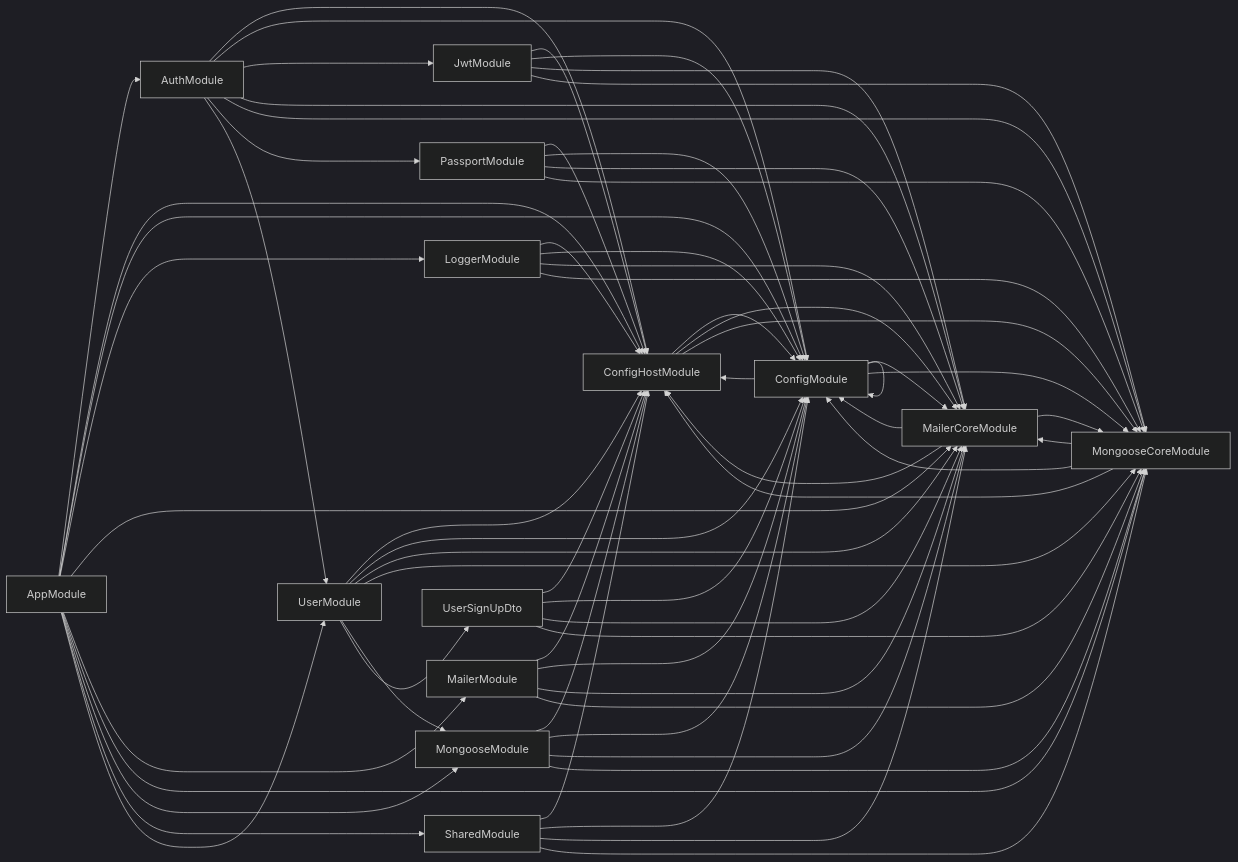
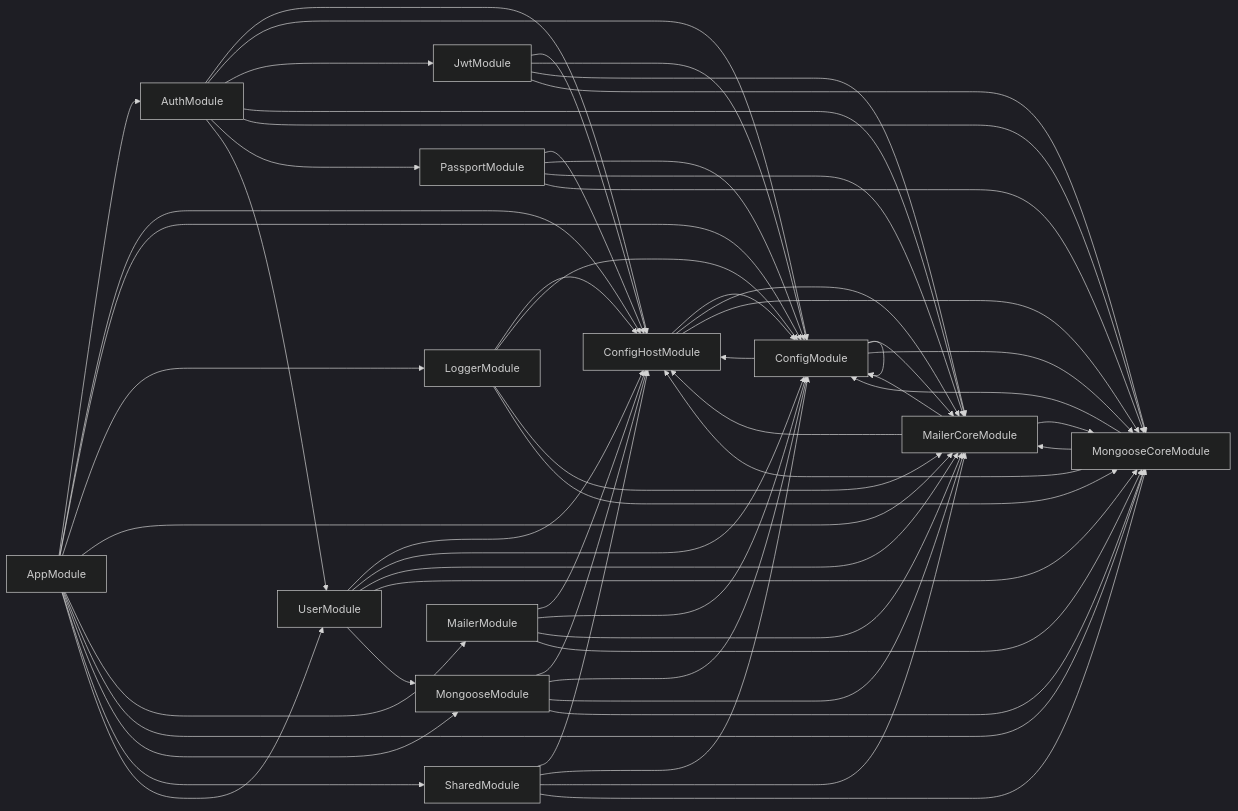
The diagram in server/deps.mermaid (ntkwan/csc13010-student-information-system), drawn with Mermaid (dark theme) before and after one commit. The commit also changed 12 other files, not shown here.

```diff
--- a/server/deps.mermaid
+++ b/server/deps.mermaid
@@ -1,65 +1,60 @@
 graph LR
     AppModule-->AuthModule
   AppModule-->ConfigHostModule
   AppModule-->ConfigModule
   AppModule-->LoggerModule
   AppModule-->MailerCoreModule
   AppModule-->MailerModule
   AppModule-->MongooseCoreModule
   AppModule-->MongooseModule
   AppModule-->SharedModule
   AppModule-->UserModule
   AuthModule-->ConfigHostModule
   AuthModule-->ConfigModule
   AuthModule-->JwtModule
   AuthModule-->MailerCoreModule
   AuthModule-->MongooseCoreModule
   AuthModule-->PassportModule
   AuthModule-->UserModule
   ConfigHostModule-->ConfigModule
   ConfigHostModule-->MailerCoreModule
   ConfigHostModule-->MongooseCoreModule
   ConfigModule-->ConfigHostModule
   ConfigModule-->ConfigModule
   ConfigModule-->MailerCoreModule
   ConfigModule-->MongooseCoreModule
   JwtModule-->ConfigHostModule
   JwtModule-->ConfigModule
   JwtModule-->MailerCoreModule
   JwtModule-->MongooseCoreModule
   LoggerModule-->ConfigHostModule
   LoggerModule-->ConfigModule
   LoggerModule-->MailerCoreModule
   LoggerModule-->MongooseCoreModule
   MailerCoreModule-->ConfigHostModule
   MailerCoreModule-->ConfigModule
   MailerCoreModule-->MongooseCoreModule
   MailerModule-->ConfigHostModule
   MailerModule-->ConfigModule
   MailerModule-->MailerCoreModule
   MailerModule-->MongooseCoreModule
   MongooseCoreModule-->ConfigHostModule
   MongooseCoreModule-->ConfigModule
   MongooseCoreModule-->MailerCoreModule
   MongooseModule-->ConfigHostModule
   MongooseModule-->ConfigModule
   MongooseModule-->MailerCoreModule
   MongooseModule-->MongooseCoreModule
   PassportModule-->ConfigHostModule
   PassportModule-->ConfigModule
   PassportModule-->MailerCoreModule
   PassportModule-->MongooseCoreModule
   SharedModule-->ConfigHostModule
   SharedModule-->ConfigModule
   SharedModule-->MailerCoreModule
   SharedModule-->MongooseCoreModule
   UserModule-->ConfigHostModule
   UserModule-->ConfigModule
   UserModule-->MailerCoreModule
   UserModule-->MongooseCoreModule
   UserModule-->MongooseModule
-  UserModule-->UserSignUpDto
-  UserSignUpDto-->ConfigHostModule
-  UserSignUpDto-->ConfigModule
-  UserSignUpDto-->MailerCoreModule
-  UserSignUpDto-->MongooseCoreModule
```
